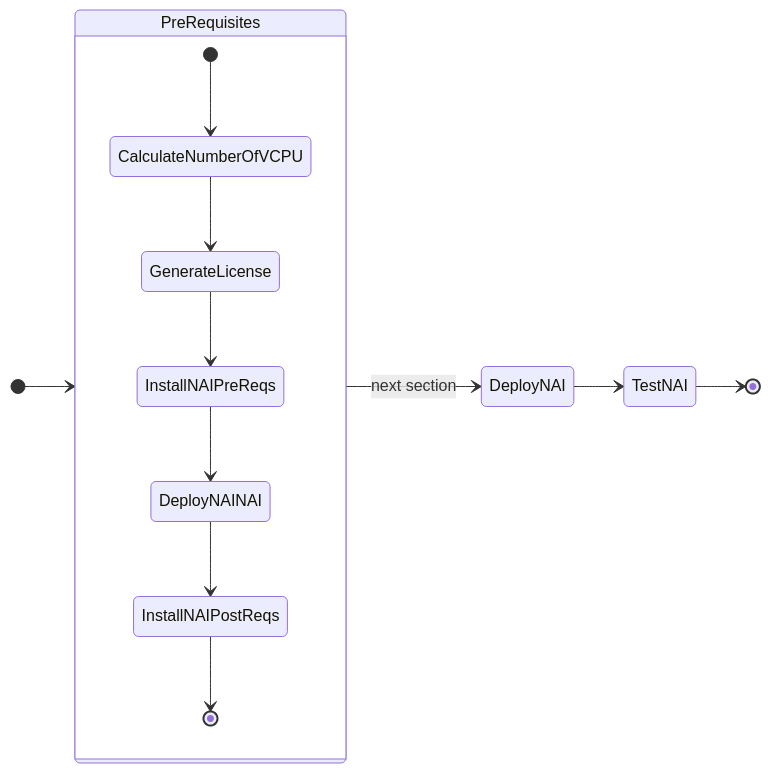
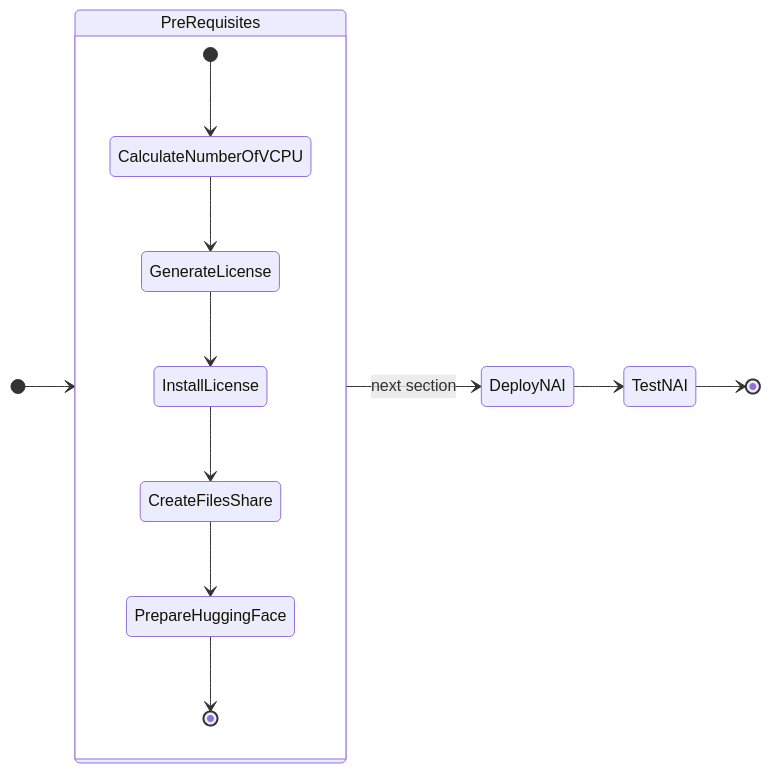
The diagram in docs/iep/iep_pre_reqs.md (nutanix-japan/nai-llm), drawn with Mermaid before and after one commit. The commit also changed 4 other files, not shown here.

Commit message:
update: fixing mermaid charts for NAI

````diff
--- a/docs/iep/iep_pre_reqs.md
+++ b/docs/iep/iep_pre_reqs.md
@@ -7,19 +7,19 @@
 ```mermaid
 stateDiagram-v2
     direction LR
 
     state PreRequisites {
         [*] --> CalculateNumberOfVCPU
         CalculateNumberOfVCPU --> GenerateLicense
-        GenerateLicense --> InstallNAIPreReqs  
-        InstallNAIPreReqs --> DeployNAINAI
-        DeployNAINAI --> InstallNAIPostReqs
-        InstallNAIPostReqs --> [*]
+        GenerateLicense --> InstallLicense
+        InstallLicense --> CreateFilesShare  
+        CreateFilesShare --> PrepareHuggingFace
+        PrepareHuggingFace --> [*]
     }
   
 
     [*] --> PreRequisites
     PreRequisites --> DeployNAI : next section
     DeployNAI --> TestNAI
     TestNAI --> [*]
 ```
````
